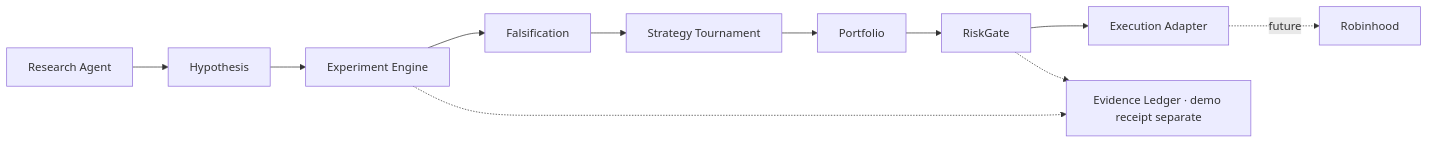
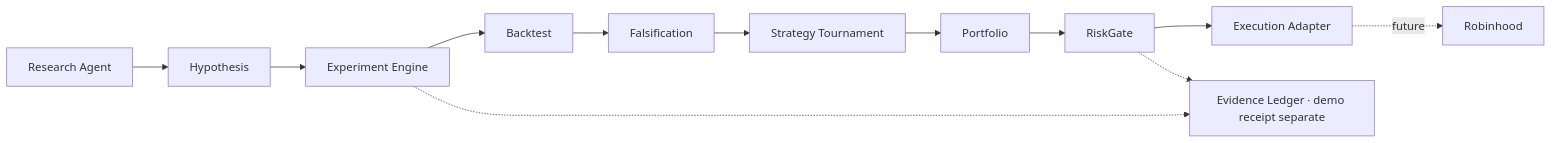
One commit to BruceGK/agentic-quant-lab changed the diagram in README.md. Above: the diagram before and after it, drawn with Mermaid. The commit also changed other lines of this file and 10 other files, not shown here.

````diff
--- a/README.md
+++ b/README.md
@@ -171,13 +167,14 @@
 ```mermaid
 flowchart LR
     A["Research Agent"] --> H["Hypothesis"]
     H --> E["Experiment Engine"]
-    E --> F["Falsification"]
+    E --> BT["Backtest"]
+    BT --> F["Falsification"]
     F --> T["Strategy Tournament"]
     T --> P["Portfolio"]
     P --> R["RiskGate"]
     R --> X["Execution Adapter"]
     X -. future .-> B["Robinhood"]
     E -.-> L["Evidence Ledger · demo receipt separate"]
     R -.-> L
 ```
````
